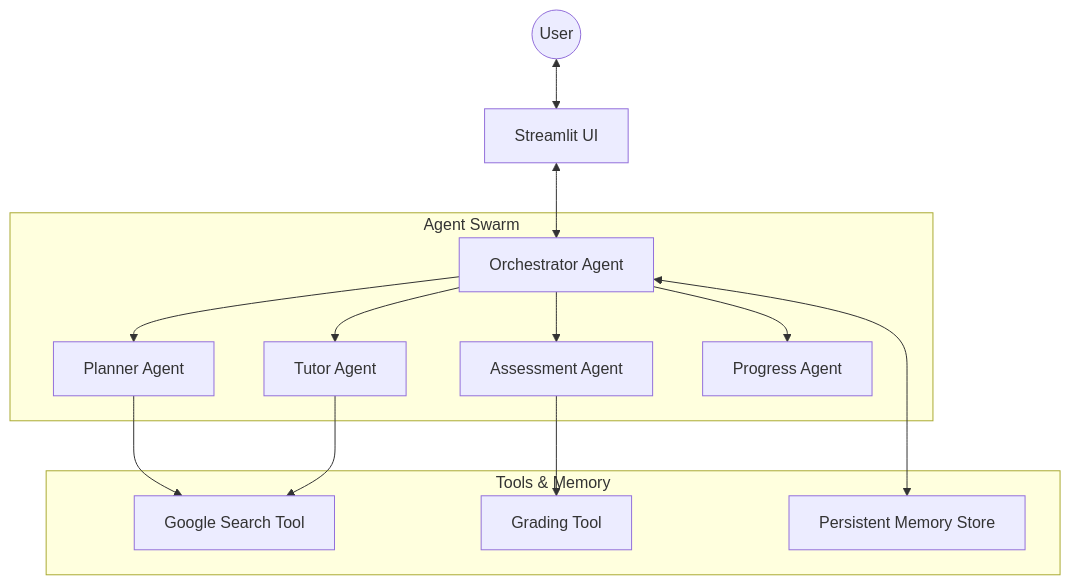
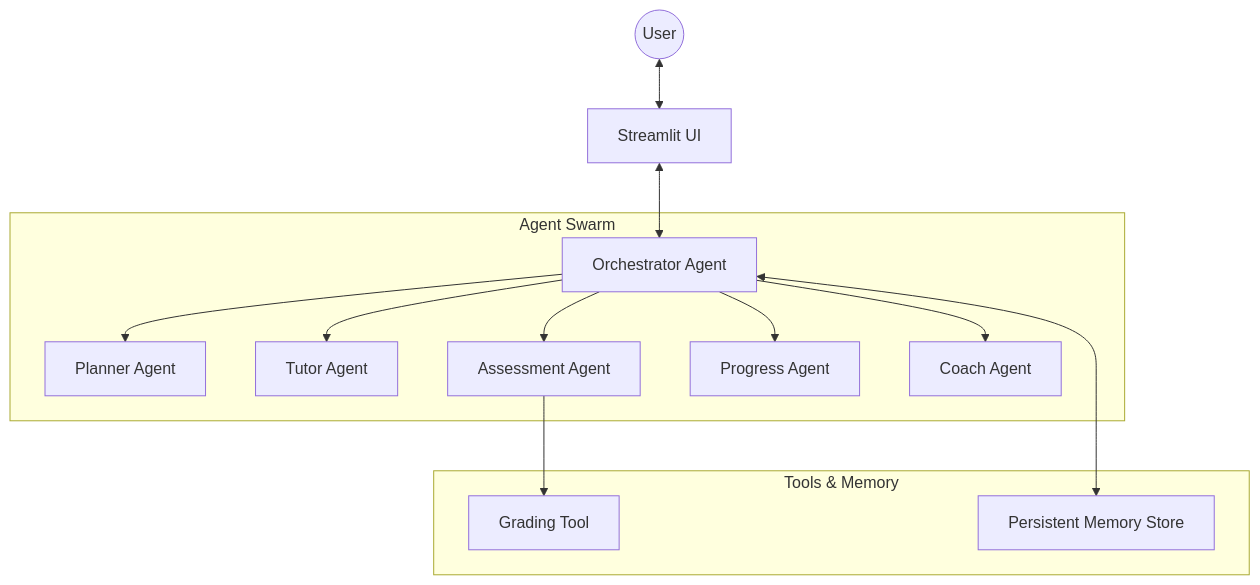
One commit to personalized-learning-coach/personalized-learning-coach changed the diagram in README.md. Above: the diagram before and after it, drawn with Mermaid. The commit also changed other lines of this file and 1 other file, not shown here.

````diff
--- a/README.md
+++ b/README.md
@@ -33,19 +33,18 @@
 ```mermaid
 graph TD
     User((User)) <--> UI[Streamlit UI]
     UI <--> Orch[Orchestrator Agent]
     
     subgraph "Agent Swarm"
         Orch --> Planner[Planner Agent]
         Orch --> Tutor[Tutor Agent]
         Orch --> Assessor[Assessment Agent]
         Orch --> Progress[Progress Agent]
+        Orch --> Coach[Coach Agent]
     end
     
     subgraph "Tools & Memory"
-        Planner --> Search[Google Search Tool]
-        Tutor --> Search
         Assessor --> Grader[Grading Tool]
         Orch <--> Memory[Persistent Memory Store]
     end
 ```
````
